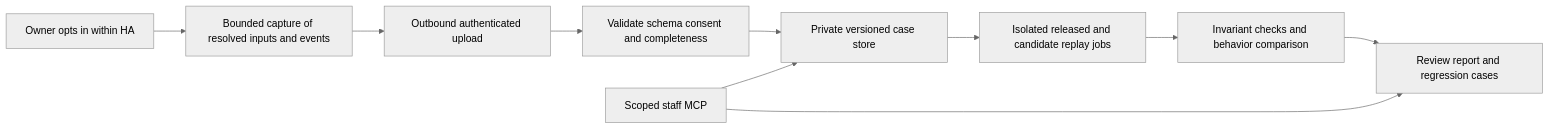
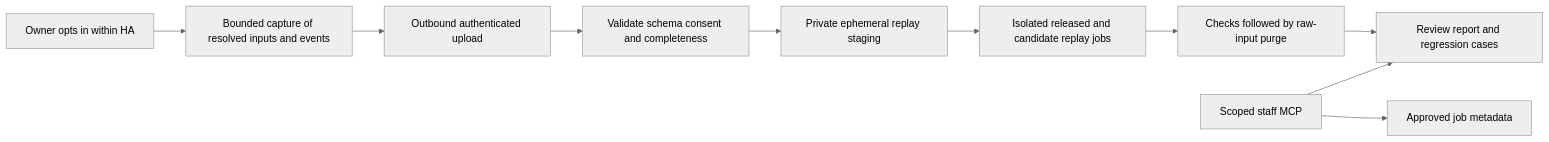
The diagram in docs/optimizer-fleet-regression-plan.md (bolagnaise/PowerSync), drawn with Mermaid (neutral theme) before and after one commit. The commit also changed other lines of this file and 1 other file, not shown here.

Commit message:
docs: adopt replay-then-delete pilot policy for Codex and Claude

````diff
--- a/docs/optimizer-fleet-regression-plan.md
+++ b/docs/optimizer-fleet-regression-plan.md
@@ -56,12 +69,12 @@
 ```mermaid
 flowchart LR
     HA[Owner opts in within HA] --> C[Bounded capture of resolved inputs and events]
     C --> U[Outbound authenticated upload]
     U --> V[Validate schema consent and completeness]
-    V --> S[Private versioned case store]
+    V --> S[Private ephemeral replay staging]
     S --> R[Isolated released and candidate replay jobs]
-    R --> D[Invariant checks and behavior comparison]
+    R --> D[Checks followed by raw-input purge]
     D --> A[Review report and regression cases]
-    M[Scoped staff MCP] --> S
+    M[Scoped staff MCP] --> J[Approved job metadata]
     M --> A
 ```
````
